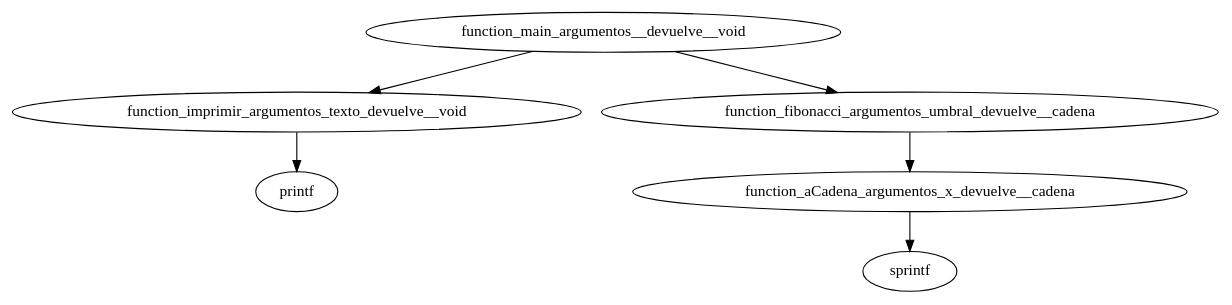
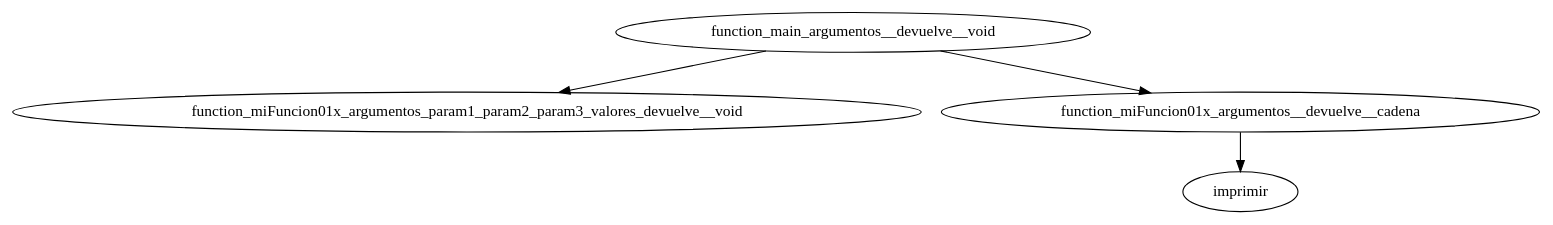
One commit to Diego77Blaze/gramaticaspl3 changed the diagram in DiagramaLlamadas.dot. Above: the diagram before and after it, drawn with Graphviz. The commit also changed 21 other files, not shown here.

```diff
--- a/DiagramaLlamadas.dot
+++ b/DiagramaLlamadas.dot
@@ -1,8 +1,6 @@
 digraph main{
 
-function_main_argumentos__devuelve__void->function_imprimir_argumentos_texto_devuelve__void->printf
-
-function_main_argumentos__devuelve__void->function_fibonacci_argumentos_umbral_devuelve__cadena->function_aCadena_argumentos_x_devuelve__cadena->sprintf
-
+function_main_argumentos__devuelve__void->function_miFuncion01x_argumentos_param1_param2_param3_valores_devuelve__void
+function_main_argumentos__devuelve__void->function_miFuncion01x_argumentos__devuelve__cadena->imprimir
 
 }
```
